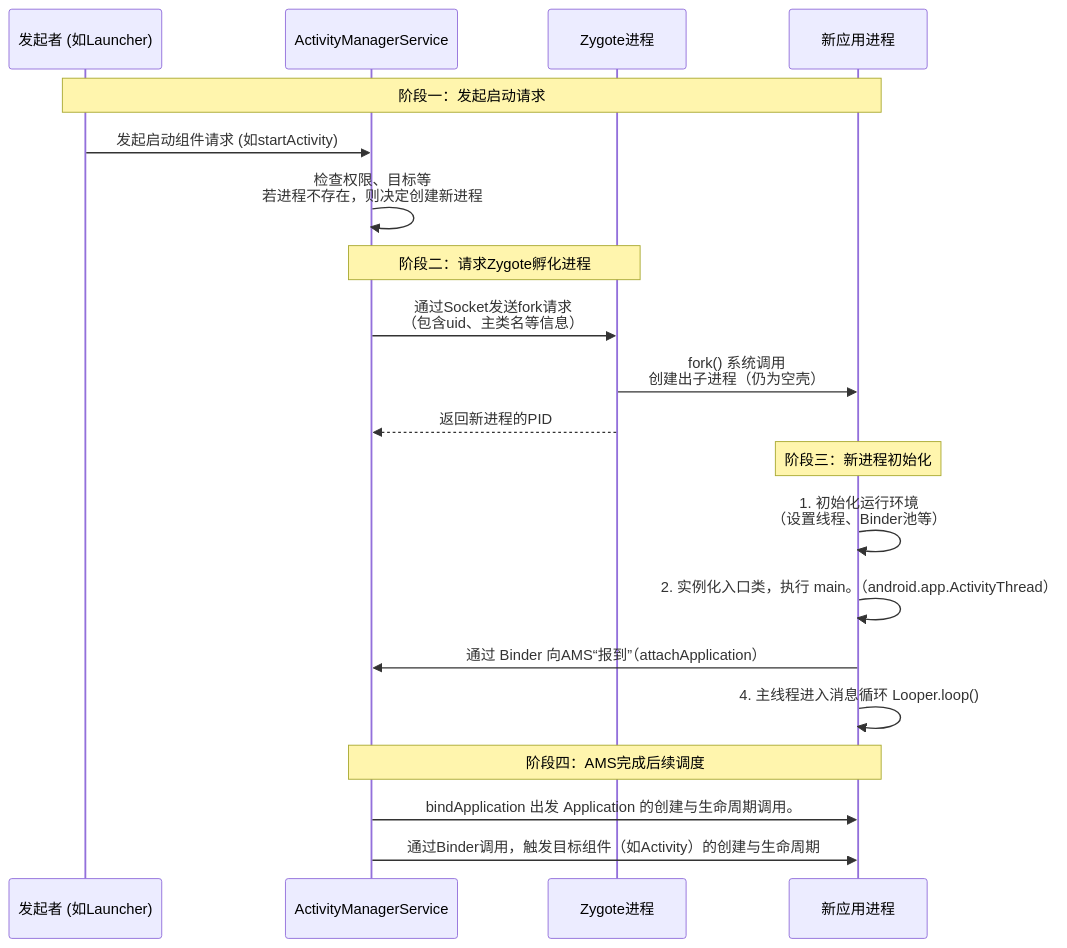
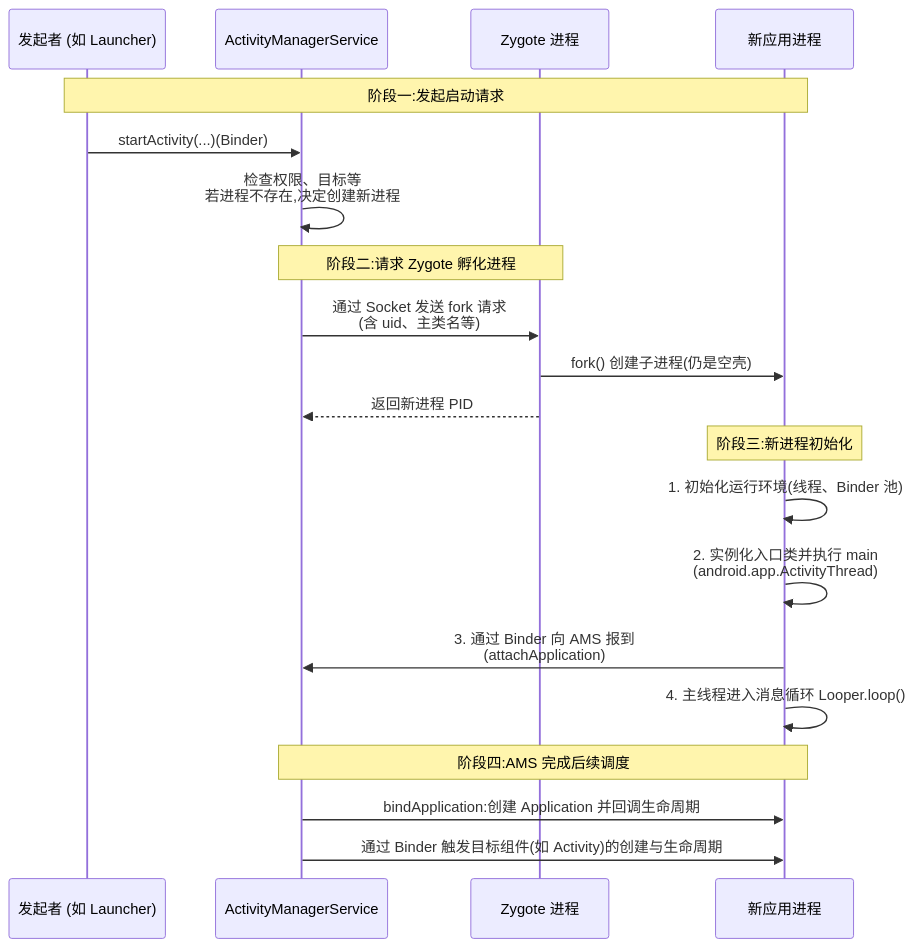
One commit to YaowenGuo/SoftwareDevelopementMeditations changed the fifth of 5 diagrams in aosp/architecture/README.md. Above: the diagram before and after it, drawn with Mermaid. The commit also changed other lines of this file and 34 other files, not shown here.

````diff
--- a/aosp/architecture/README.md
+++ b/aosp/architecture/README.md
@@ -592,28 +613,26 @@
 ```mermaid
 sequenceDiagram
-    participant A as 发起者 (如Launcher)
+    participant A as 发起者 (如 Launcher)
     participant AMS as ActivityManagerService
-    participant Z as Zygote进程
+    participant Z as Zygote 进程
     participant NP as 新应用进程
 
-    Note over A, NP: 阶段一：发起启动请求
-    A->>AMS: 发起启动组件请求 (如startActivity)
-    AMS->>AMS: 检查权限、目标等<br>若进程不存在，则决定创建新进程
+    Note over A, NP: 阶段一:发起启动请求
+    A->>AMS: startActivity(...)(Binder)
+    AMS->>AMS: 检查权限、目标等<br/>若进程不存在,决定创建新进程
 
-    Note over AMS, Z: 阶段二：请求Zygote孵化进程
-    AMS->>Z: 通过Socket发送fork请求<br>（包含uid、主类名等信息）
-    Z->>NP: fork() 系统调用<br>创建出子进程（仍为空壳）
-    Z-->>AMS: 返回新进程的PID
+    Note over AMS, Z: 阶段二:请求 Zygote 孵化进程
+    AMS->>Z: 通过 Socket 发送 fork 请求<br/>(含 uid、主类名等)
+    Z->>NP: fork() 创建子进程(仍是空壳)
+    Z-->>AMS: 返回新进程 PID
 
-    Note over NP, NP: 阶段三：新进程初始化
-    NP->>NP: 1. 初始化运行环境<br>（设置线程、Binder池等）
-    NP->>NP: 2. 实例化入口类，执行 main。（android.app.ActivityThread）
-    NP->>AMS: 通过 Binder 向AMS“报到”（attachApplication）
-
+    Note over NP, NP: 阶段三:新进程初始化
+    NP->>NP: 1. 初始化运行环境(线程、Binder 池)
+    NP->>NP: 2. 实例化入口类并执行 main<br/>(android.app.ActivityThread)
+    NP->>AMS: 3. 通过 Binder 向 AMS 报到<br/>(attachApplication)
     NP->>NP: 4. 主线程进入消息循环 Looper.loop()
 
-    
-    Note over AMS, NP: 阶段四：AMS完成后续调度
-    AMS->>NP: bindApplication 出发 Application 的创建与生命周期调用。
-    AMS->>NP: 通过Binder调用，触发目标组件（如Activity）的创建与生命周期
+    Note over AMS, NP: 阶段四:AMS 完成后续调度
+    AMS->>NP: bindApplication:创建 Application 并回调生命周期
+    AMS->>NP: 通过 Binder 触发目标组件(如 Activity)的创建与生命周期
 ```
````
